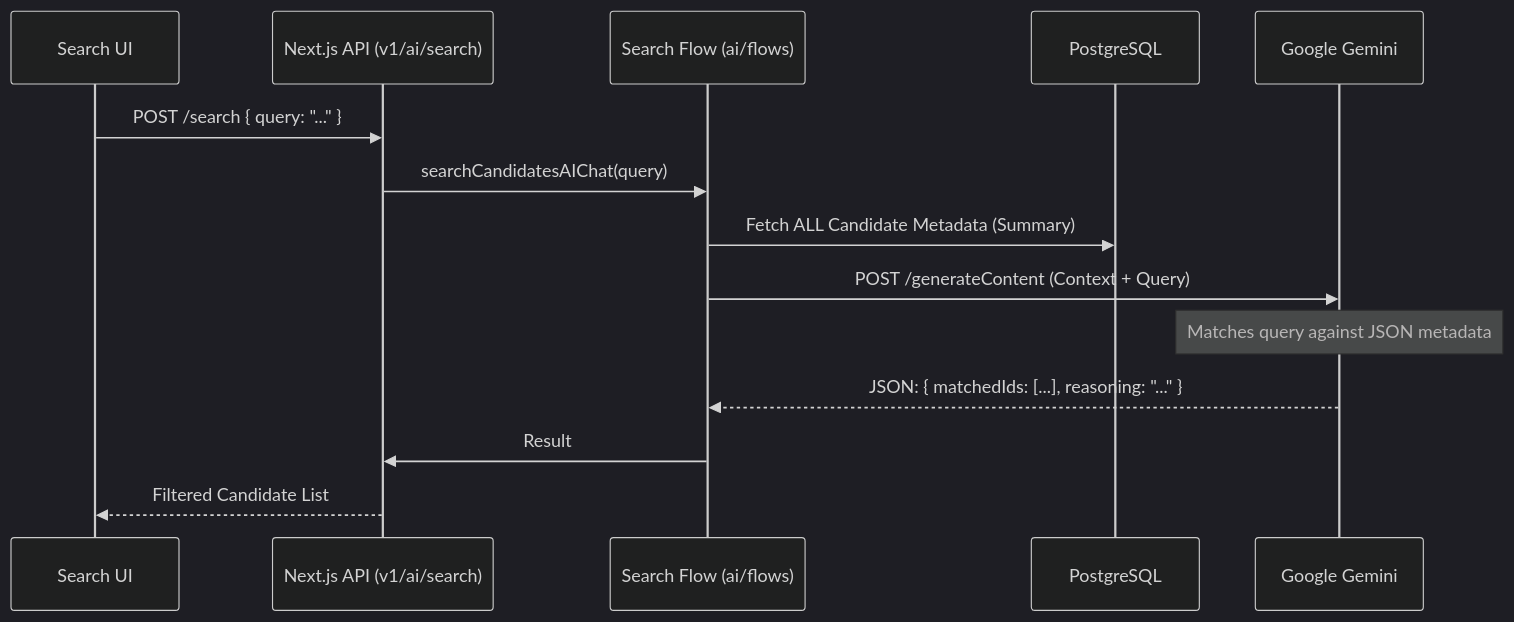
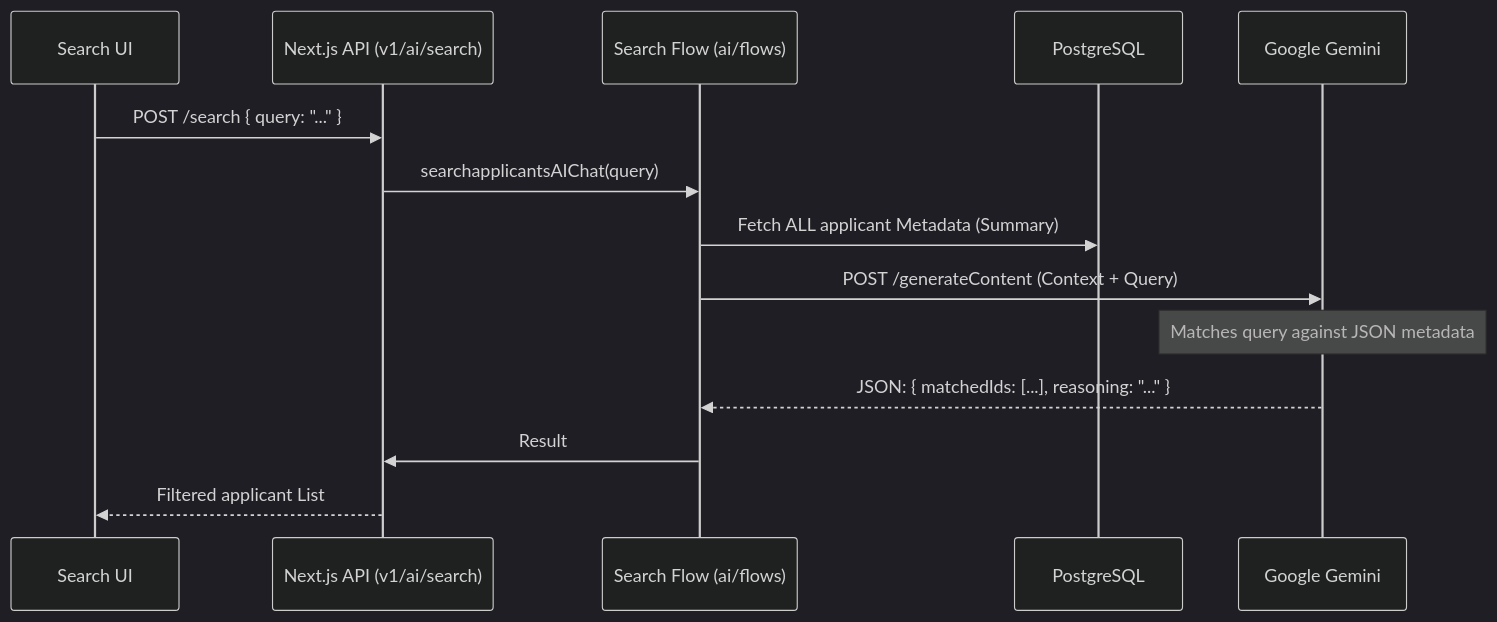
The diagram in docs/workflows/AI Search Flow.md (poojaroonwit/studio), drawn with Mermaid (dark theme) before and after one commit. The commit also changed other lines of this file and 374 other files, not shown here.

Commit message:
Refactor: Rename candidate to applicant terminology and update related components

````diff
--- a/docs/workflows/AI Search Flow.md
+++ b/docs/workflows/AI Search Flow.md
@@ -13,20 +13,20 @@
 ```mermaid
 sequenceDiagram
     participant UI as Search UI
     participant API as Next.js API (v1/ai/search)
     participant Flow as Search Flow (ai/flows)
     participant DB as PostgreSQL
     participant Gemini as Google Gemini
 
     UI->>API: POST /search { query: "..." }
-    API->>Flow: searchCandidatesAIChat(query)
+    API->>Flow: searchapplicantsAIChat(query)
     
-    Flow->>DB: Fetch ALL Candidate Metadata (Summary)
+    Flow->>DB: Fetch ALL applicant Metadata (Summary)
     Flow->>Gemini: POST /generateContent (Context + Query)
     
     Note over Gemini: Matches query against JSON metadata
     
     Gemini-->>Flow: JSON: { matchedIds: [...], reasoning: "..." }
     Flow->>API: Result
-    API-->>UI: Filtered Candidate List
+    API-->>UI: Filtered applicant List
 ```
````
